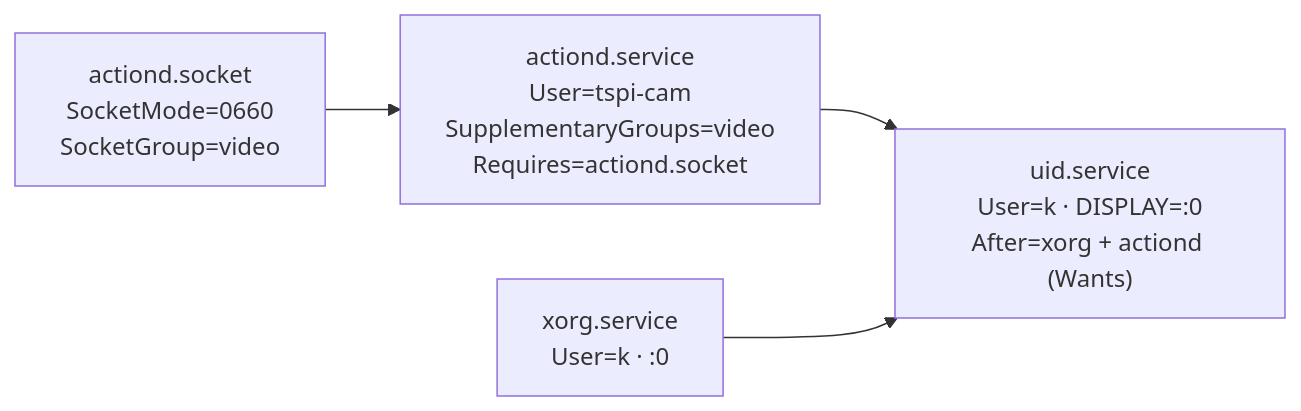
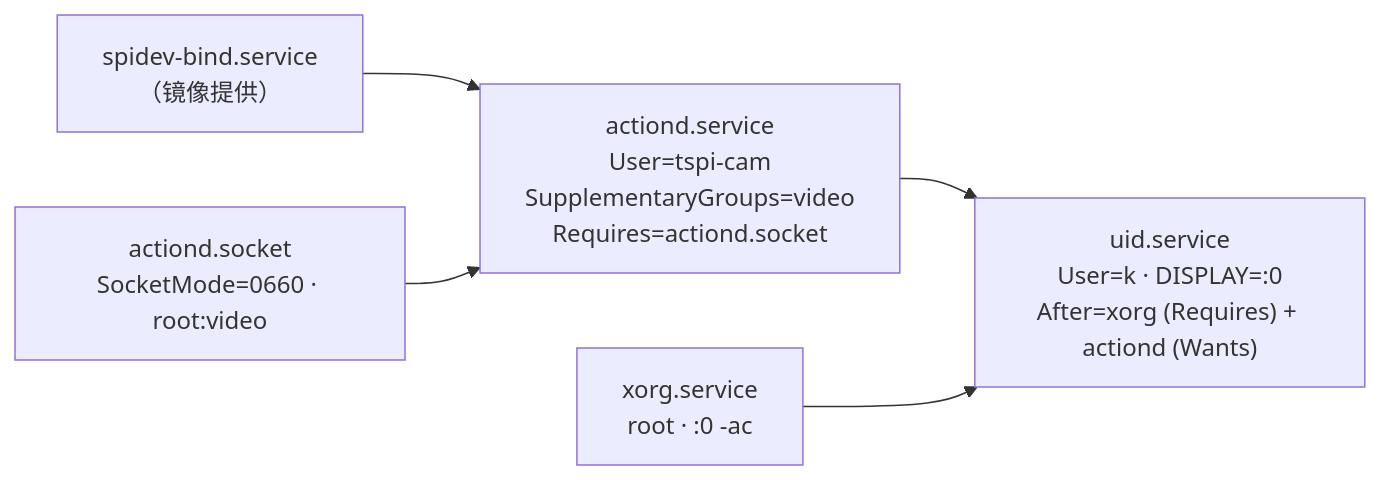
Before and after one commit to K12231217/tspi-cam: the diagram in docs/design/architecture.md, drawn with Mermaid. The commit also changed other lines of this file and 6 other files, not shown here.

````diff
--- a/docs/design/architecture.md
+++ b/docs/design/architecture.md
@@ -87,10 +80,12 @@
 ```mermaid
 flowchart LR
-    sock["actiond.socket<br/>SocketMode=0660<br/>SocketGroup=video"]
+    sock["actiond.socket<br/>SocketMode=0660 · root:video"]
     ad["actiond.service<br/>User=tspi-cam<br/>SupplementaryGroups=video<br/>Requires=actiond.socket"]
-    x["xorg.service<br/>User=k · :0"]
-    ui["uid.service<br/>User=k · DISPLAY=:0<br/>After=xorg + actiond (Wants)"]
+    sp["spidev-bind.service<br/>（镜像提供）"]
+    x["xorg.service<br/>root · :0 -ac"]
+    ui["uid.service<br/>User=k · DISPLAY=:0<br/>After=xorg (Requires) + actiond (Wants)"]
+    sp --> ad
     sock --> ad
     ad --> ui
     x --> ui
 ```
````
